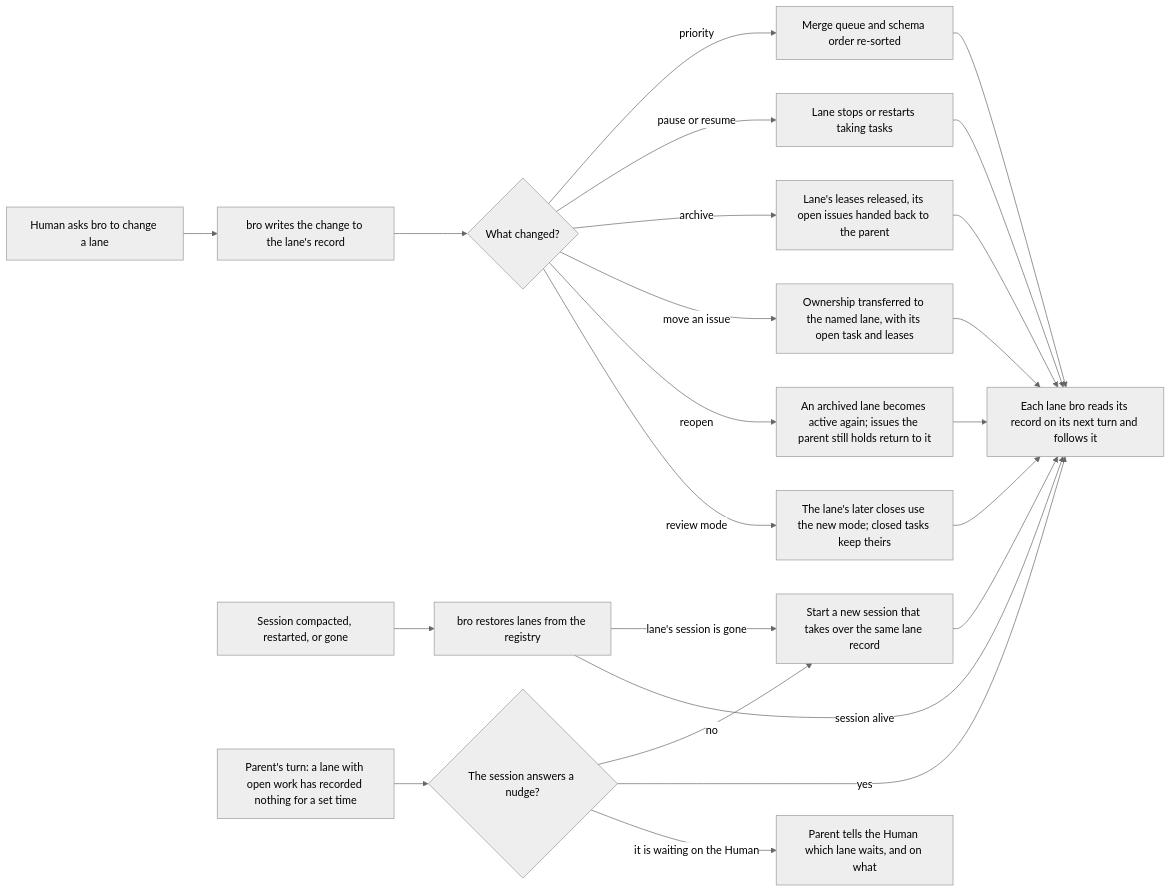
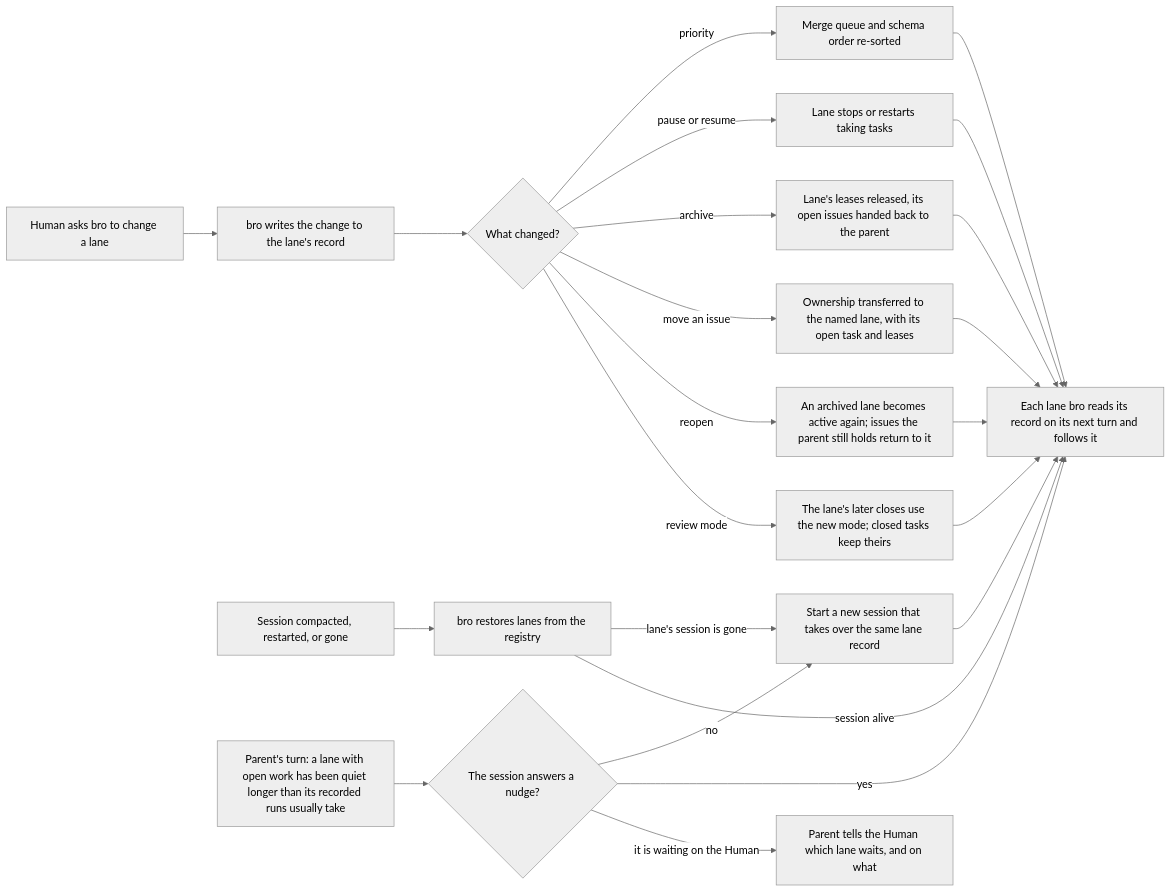
Before and after one commit to trustmybot/plugin: the sixth of 6 diagrams in docs/architecture/LANES.md, drawn with Mermaid (neutral theme). The commit also changed other lines of this file and 7 other files, not shown here.

Commit message:
📝 docs(architecture): apply the Human's review of bro's calls (GH 3260)

````diff
--- a/docs/architecture/LANES.md
+++ b/docs/architecture/LANES.md
@@ -158,25 +159,25 @@
 ```mermaid
 flowchart LR
     A[Human asks bro to change a lane] --> B[bro writes the change to the lane's record]
     B --> C{What changed?}
     C -- priority --> D[Merge queue and schema order re-sorted]
     C -- pause or resume --> E[Lane stops or restarts taking tasks]
     C -- archive --> F[Lane's leases released, its open issues handed back to the parent]
     C -- move an issue --> T[Ownership transferred to the named lane, with its open task and leases]
     C -- reopen --> U[An archived lane becomes active again; issues the parent still holds return to it]
     T --> G
     U --> G
     C -- review mode --> M[The lane's later closes use the new mode; closed tasks keep theirs]
     D --> G[Each lane bro reads its record on its next turn and follows it]
     M --> G
     E --> G
     F --> G
     H[Session compacted, restarted, or gone] --> I[bro restores lanes from the registry]
     I -- lane's session is gone --> J[Start a new session that takes over the same lane record]
-    P[Parent's turn: a lane with open work has recorded nothing for a set time] --> Q{The session answers a nudge?}
+    P[Parent's turn: a lane with open work has been quiet longer than its recorded runs usually take] --> Q{The session answers a nudge?}
     Q -- no --> J
     Q -- yes --> G
     Q -- it is waiting on the Human --> W[Parent tells the Human which lane waits, and on what]
     I -- session alive --> G
     J --> G
 ```
````
